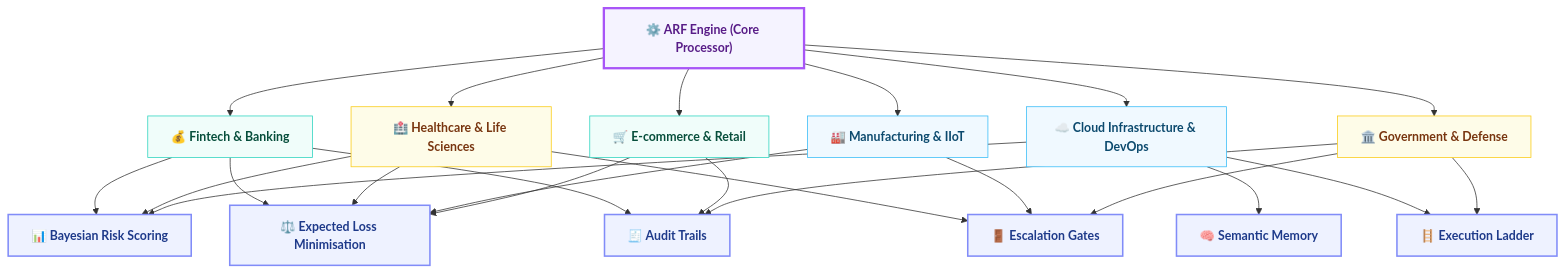
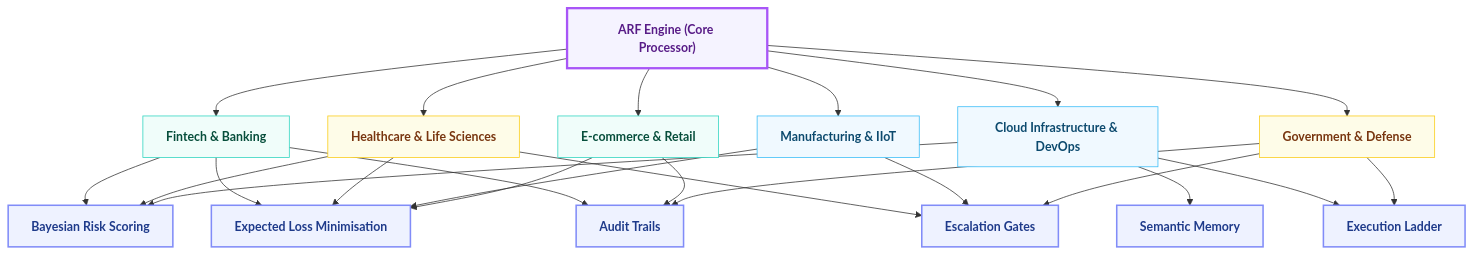
The diagram in docs/use_cases.md (arf-foundation/arf-spec), drawn with Mermaid before and after one commit.

````diff
--- a/docs/use_cases.md
+++ b/docs/use_cases.md
@@ -7,59 +7,59 @@
 ```mermaid
 graph TD
-    Engine["⚙️ ARF Engine (Core Processor)"]
+    Engine["ARF Engine (Core Processor)"]
 
-    Fintech["💰 Fintech & Banking"]
-    Ecommerce["🛒 E‑commerce & Retail"]
-    Healthcare["🏥 Healthcare & Life Sciences"]
-    Government["🏛️ Government & Defense"]
-    Cloud["☁️ Cloud Infrastructure & DevOps"]
-    Manufacturing["🏭 Manufacturing & IIoT"]
+    Fintech["Fintech & Banking"]
+    Ecommerce["E‑commerce & Retail"]
+    Healthcare["Healthcare & Life Sciences"]
+    Government["Government & Defense"]
+    Cloud["Cloud Infrastructure & DevOps"]
+    Manufacturing["Manufacturing & IIoT"]
 
-    Risk["📊 Bayesian Risk Scoring"]
-    Loss["⚖️ Expected Loss Minimisation"]
-    Gates["🚪 Escalation Gates"]
-    Audit["🧾 Audit Trails"]
-    Memory["🧠 Semantic Memory"]
-    Ladder["🪜 Execution Ladder"]
+    Risk["Bayesian Risk Scoring"]
+    Loss["Expected Loss Minimisation"]
+    Gates["Escalation Gates"]
+    Audit["Audit Trails"]
+    Memory["Semantic Memory"]
+    Ladder["Execution Ladder"]
 
     Engine --> Fintech
     Engine --> Healthcare
     Engine --> Cloud
     Engine --> Manufacturing
     Engine --> Ecommerce
     Engine --> Government
 
     Fintech --> Risk
     Fintech --> Loss
     Fintech --> Audit
 
     Healthcare --> Risk
     Healthcare --> Gates
     Healthcare --> Loss
 
     Cloud --> Memory
     Cloud --> Ladder
     Cloud --> Risk
 
     Manufacturing --> Gates
     Manufacturing --> Loss
 
     Ecommerce --> Loss
     Ecommerce --> Audit
 
     Government --> Gates
     Government --> Audit
     Government --> Ladder
 
     classDef engine fill:#f5f3ff,stroke:#a855f7,stroke-width:3px,color:#581c87,font-weight:bold
     classDef private fill:#f0fdfa,stroke:#2dd4bf,color:#064e3b,font-weight:bold
     classDef public fill:#fefce8,stroke:#facc15,color:#78350f,font-weight:bold
     classDef tech fill:#f0f9ff,stroke:#38bdf8,color:#0c4a6e,font-weight:bold
     classDef core fill:#eef2ff,stroke:#818cf8,stroke-width:2px,color:#1e3a8a,font-weight:bold
 
     class Engine engine
     class Fintech,Ecommerce private
     class Healthcare,Government public
     class Cloud,Manufacturing tech
     class Risk,Loss,Gates,Audit,Memory,Ladder core
 ```
````
